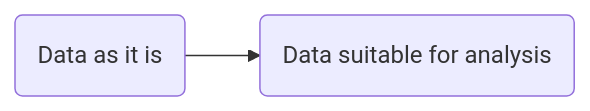
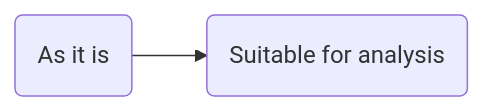
One commit to CEU-Economics-and-Business/ECBS-5148-Data-Architecture changed the third of 6 diagrams in _episodes/01-benefits.md. Above: the diagram before and after it, drawn with Mermaid. The commit also changed other lines of this file and 1 other file, not shown here.

```diff
--- a/_episodes/01-benefits.md
+++ b/_episodes/01-benefits.md
@@ -78,4 +79,4 @@
 <div class="mermaid">
 graph LR
-    a(Data as it is) --> b(Data suitable for analysis)
+    a(As it is) --> b(Suitable for analysis)
 </div>
```
